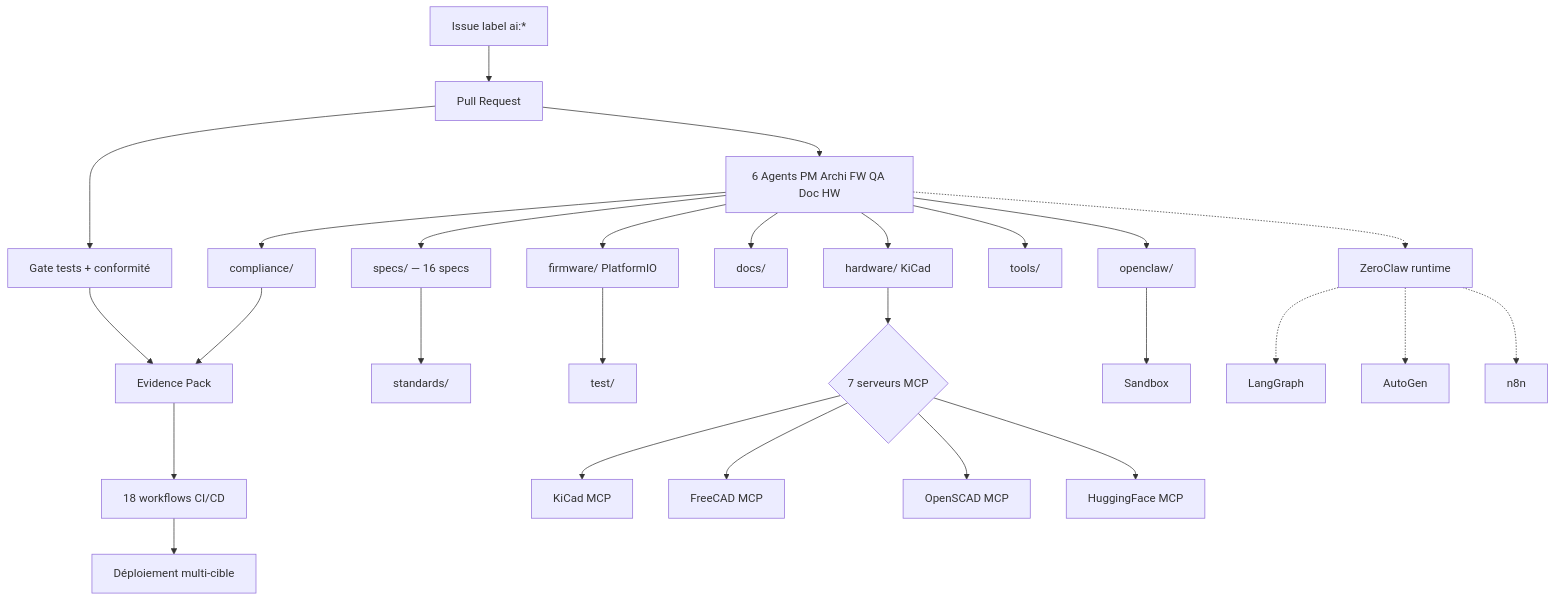
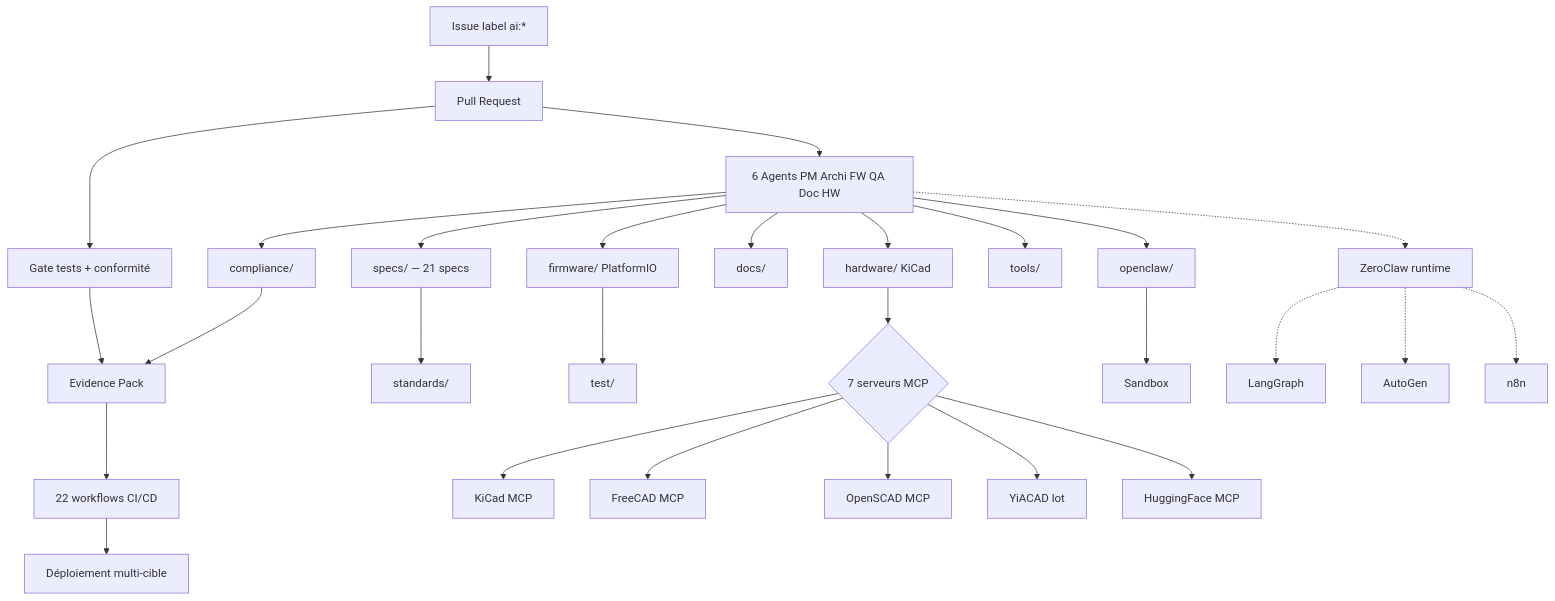
The diagram in README.md (electron-rare/Kill_LIFE), drawn with Mermaid before and after one commit. The commit also changed other lines of this file and 7 other files, not shown here.

````diff
--- a/README.md
+++ b/README.md
@@ -74,29 +116,30 @@
 ```mermaid
 flowchart TD
   Issue[Issue label ai:*] --> PR[Pull Request]
   PR --> Gate[Gate tests + conformité]
   Gate --> Evidence[Evidence Pack]
-  Evidence --> CI[18 workflows CI/CD]
+  Evidence --> CI[22 workflows CI/CD]
   CI --> Deploy[Déploiement multi-cible]
   PR --> Agents[6 Agents PM Archi FW QA Doc HW]
-  Agents --> Specs[specs/ — 16 specs]
+  Agents --> Specs[specs/ — 21 specs]
   Agents --> Firmware[firmware/ PlatformIO]
   Agents --> Hardware[hardware/ KiCad]
   Agents --> Docs[docs/]
   Agents --> Compliance[compliance/]
   Agents --> Tools[tools/]
   Agents --> OpenClaw[openclaw/]
   Specs --> Standards[standards/]
   Firmware --> Tests[test/]
   Hardware --> MCP{7 serveurs MCP}
   MCP --> KiCad[KiCad MCP]
   MCP --> FreeCAD[FreeCAD MCP]
   MCP --> OpenSCAD[OpenSCAD MCP]
+  MCP --> YiACAD[YiACAD lot]
   MCP --> HF[HuggingFace MCP]
   Compliance --> Evidence
   OpenClaw --> Sandbox[Sandbox]
   Agents -.-> ZeroClaw[ZeroClaw runtime]
   ZeroClaw -.-> LangGraph[LangGraph]
   ZeroClaw -.-> AutoGen[AutoGen]
   ZeroClaw -.-> N8N[n8n]
 ```
````
